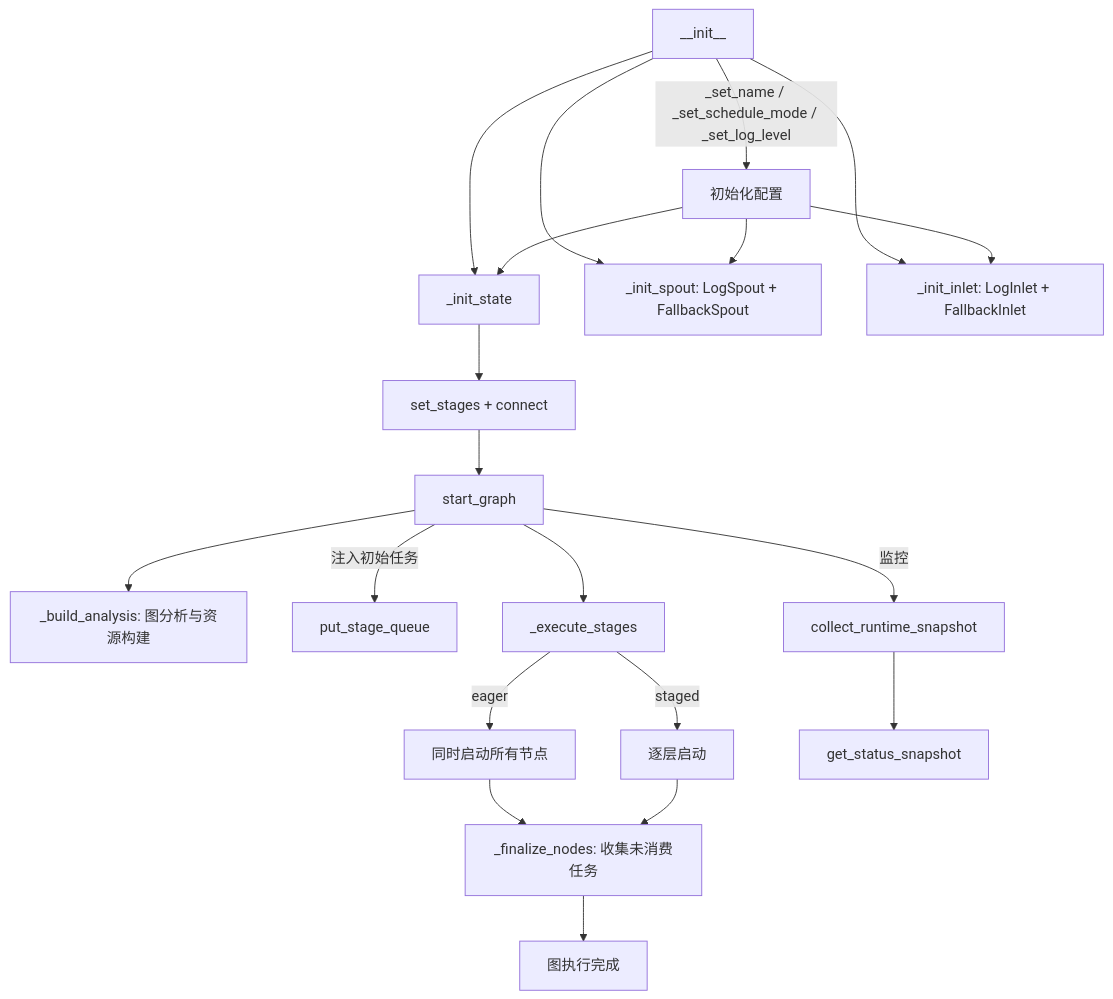
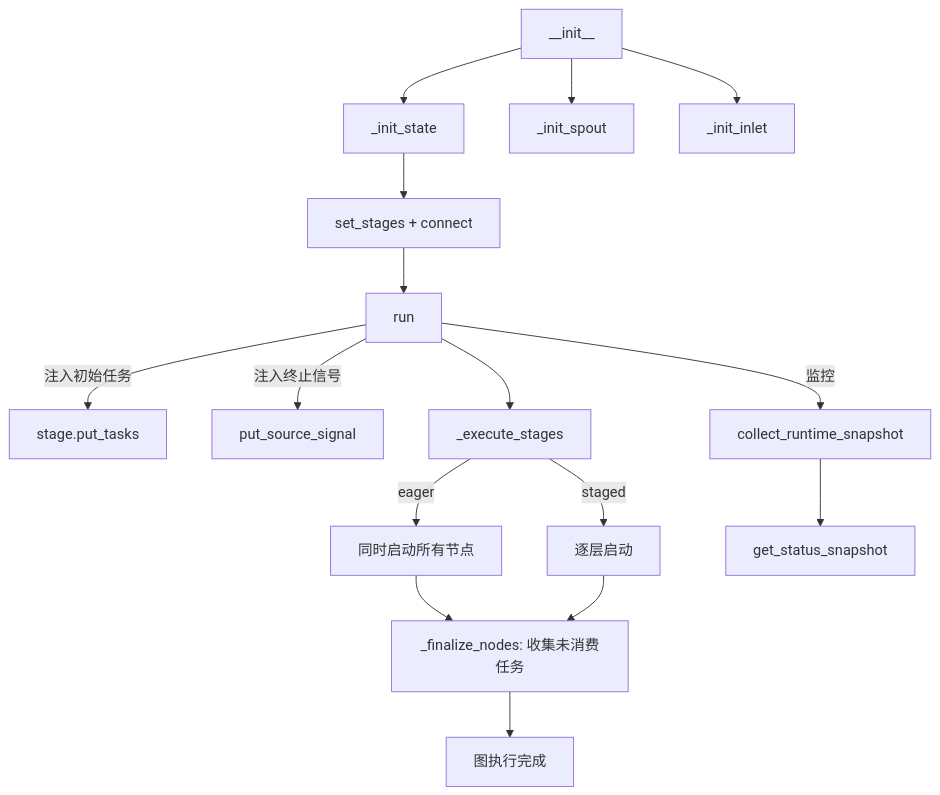
The diagram in docs/zh-CN/src/graph/core_graph.md (Mr-xiaotian/CelestialFlow), drawn with Mermaid before and after one commit. The commit also changed other lines of this file and 56 other files, not shown here.

````diff
--- a/docs/zh-CN/src/graph/core_graph.md
+++ b/docs/zh-CN/src/graph/core_graph.md
@@ -252,23 +245,19 @@
 ```mermaid
 flowchart TD
-    INIT[__init__] -->|_set_name / _set_schedule_mode / _set_log_level| SET[初始化配置]
-    INIT --> STATE[_init_state]
-    INIT --> SPOUT[_init_spout: LogSpout + FallbackSpout]
-    INIT --> INLET[_init_inlet: LogInlet + FallbackInlet]
-    SET --> STATE
-    SET --> SPOUT
-    SET --> INLET
-    STATE --> BUILD[set_stages + connect]
-    BUILD --> START[start_graph]
-    START --> ANALYSIS[_build_analysis: 图分析与资源构建]
-    START -->|注入初始任务| PUT[put_stage_queue]
-    START --> EXEC[_execute_stages]
+    INIT[__init__] --> INIT_STATE[_init_state]
+    INIT --> SPOUT[_init_spout]
+    INIT --> INLET[_init_inlet]
+    INIT_STATE --> BUILD[set_stages + connect]
+    BUILD --> RUN[run]
+    RUN -->|注入初始任务| PUT[stage.put_tasks]
+    RUN -->|注入终止信号| SIGNAL[put_source_signal]
+    RUN --> EXEC[_execute_stages]
     EXEC -->|eager| ALL[同时启动所有节点]
     EXEC -->|staged| LAYER[逐层启动]
     ALL --> FINALIZE[_finalize_nodes: 收集未消费任务]
     LAYER --> FINALIZE
     FINALIZE --> END[图执行完成]
     
-    START -->|监控| SNAPSHOT[collect_runtime_snapshot]
+    RUN -->|监控| SNAPSHOT[collect_runtime_snapshot]
     SNAPSHOT --> STATUS[get_status_snapshot]
 ```
````
